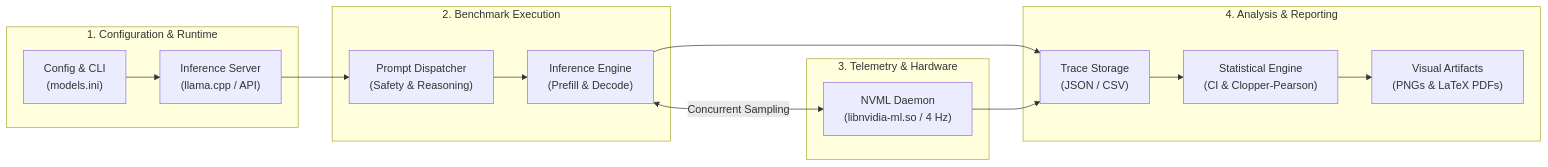
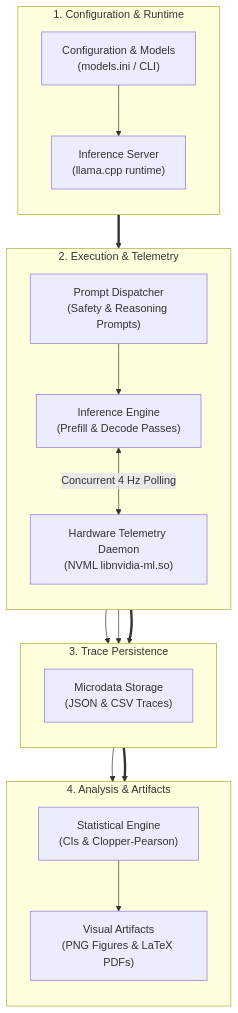
One commit to AndersonTavares0/llm-research-bench changed the diagram in README.md. Above: the diagram before and after it, drawn with Mermaid. The commit also changed other lines of this file and 4 other files, not shown here.

Commit message:
docs: restructure READMEs into 5-block progression, refine Pareto trade-off and Mermaid workflow

````diff
--- a/README.md
+++ b/README.md
@@ -86,24 +63,29 @@
 ```mermaid
-flowchart LR
-    subgraph G1["1. Configuration & Runtime"]
-        CFG["Config & CLI<br/>(models.ini)"] --> SRV["Inference Server<br/>(llama.cpp / API)"]
+flowchart TD
+    subgraph S1["1. Configuration & Runtime"]
+        direction TB
+        CFG["Configuration & Models<br/>(models.ini / CLI)"] --> RUN["Inference Server<br/>(llama.cpp runtime)"]
     end
 
-    subgraph G2["2. Benchmark Execution"]
-        DISP["Prompt Dispatcher<br/>(Safety & Reasoning)"] --> INFER["Inference Engine<br/>(Prefill & Decode)"]
+    subgraph S2["2. Execution & Telemetry"]
+        direction TB
+        DISP["Prompt Dispatcher<br/>(Safety & Reasoning Prompts)"] --> EXEC["Inference Engine<br/>(Prefill & Decode Passes)"]
+        EXEC <-->|Concurrent 4 Hz Polling| NVML["Hardware Telemetry Daemon<br/>(NVML libnvidia-ml.so)"]
     end
 
-    subgraph G3["3. Telemetry & Hardware"]
-        NVML["NVML Daemon<br/>(libnvidia-ml.so / 4 Hz)"]
+    subgraph S3["3. Trace Persistence"]
+        direction TB
+        EXEC --> STORE["Microdata Storage<br/>(JSON & CSV Traces)"]
+        NVML --> STORE
     end
 
-    subgraph G4["4. Analysis & Reporting"]
-        STORE["Trace Storage<br/>(JSON / CSV)"] --> STAT["Statistical Engine<br/>(CI & Clopper-Pearson)"]
-        STAT --> OUT["Visual Artifacts<br/>(PNGs & LaTeX PDFs)"]
+    subgraph S4["4. Analysis & Artifacts"]
+        direction TB
+        STORE --> STAT["Statistical Engine<br/>(CIs & Clopper-Pearson)"]
+        STAT --> OUT["Visual Artifacts<br/>(PNG Figures & LaTeX PDFs)"]
     end
 
-    SRV --> DISP
-    INFER <-->|Concurrent Sampling| NVML
-    INFER --> STORE
-    NVML --> STORE
+    S1 ==> S2
+    S2 ==> S3
+    S3 ==> S4
 ```
````
